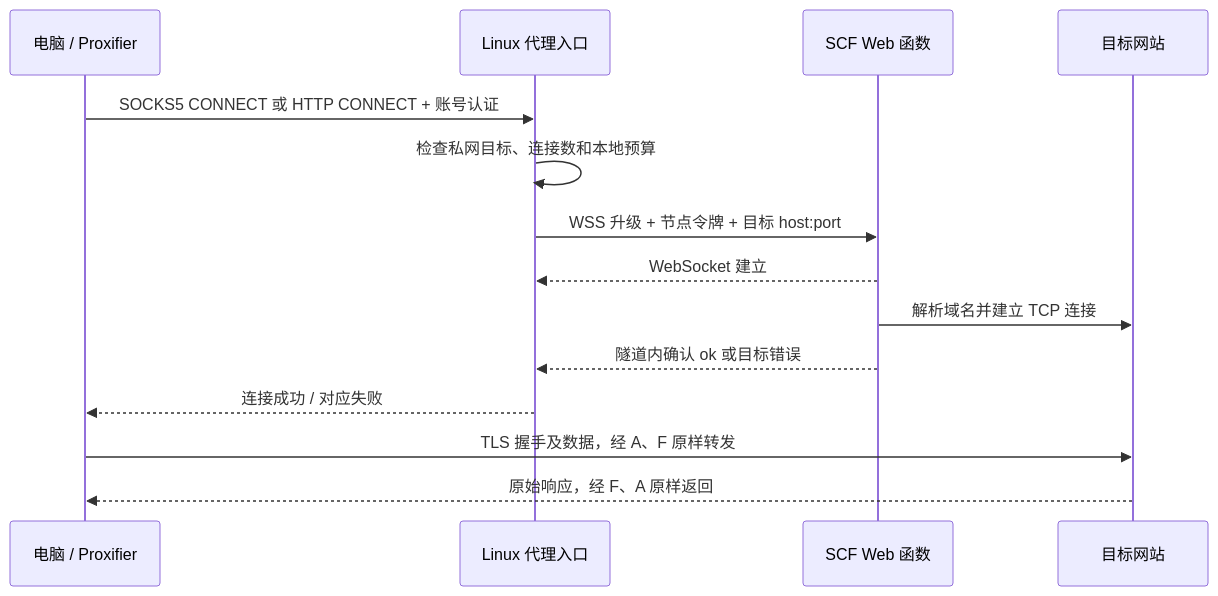
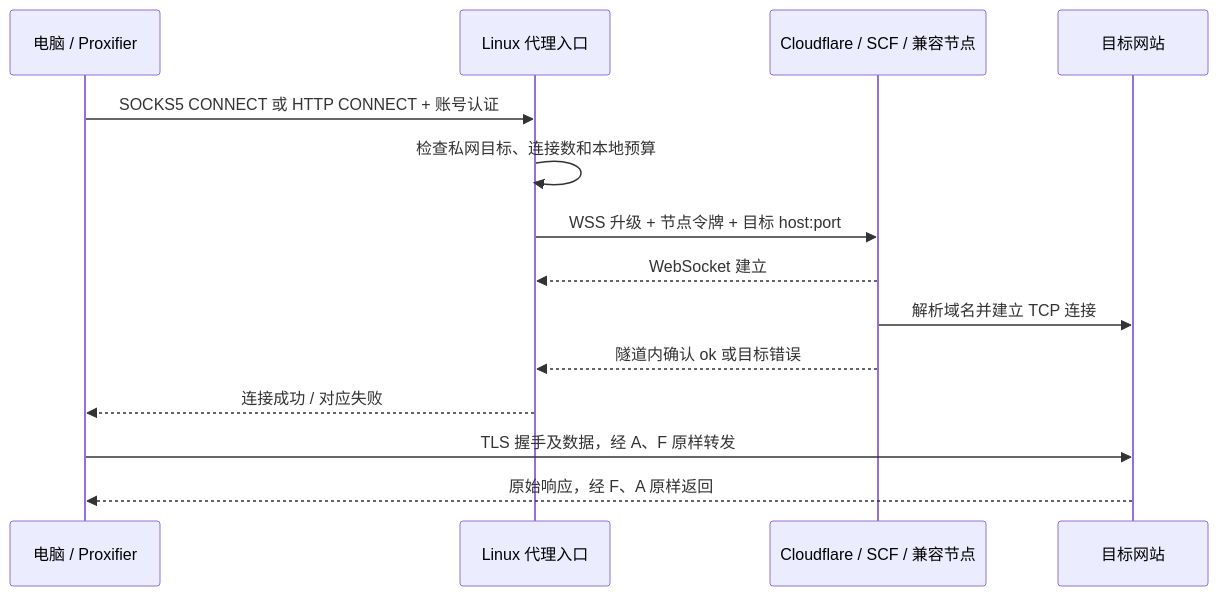
The diagram in README.md (f0raway/cloudproxy), drawn with Mermaid before and after one commit. The commit also changed other lines of this file and 4 other files, not shown here.

````diff
--- a/README.md
+++ b/README.md
@@ -60,16 +67,16 @@
 ```mermaid
 sequenceDiagram
     participant C as 电脑 / Proxifier
     participant A as Linux 代理入口
-    participant F as SCF Web 函数
+    participant F as Cloudflare / SCF / 兼容节点
     participant T as 目标网站
     C->>A: SOCKS5 CONNECT 或 HTTP CONNECT + 账号认证
     A->>A: 检查私网目标、连接数和本地预算
     A->>F: WSS 升级 + 节点令牌 + 目标 host:port
     F-->>A: WebSocket 建立
     F->>T: 解析域名并建立 TCP 连接
     F-->>A: 隧道内确认 ok 或目标错误
     A-->>C: 连接成功 / 对应失败
     C->>T: TLS 握手及数据，经 A、F 原样转发
     T-->>C: 原始响应，经 F、A 原样返回
 ```
````
